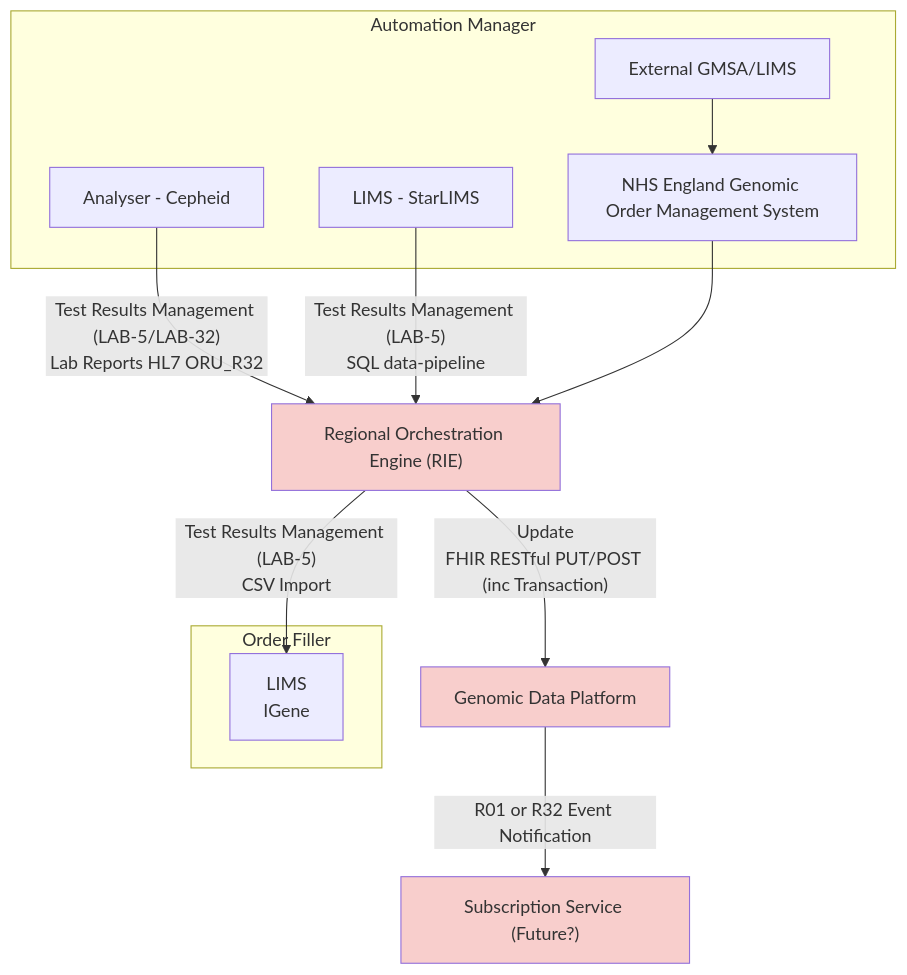
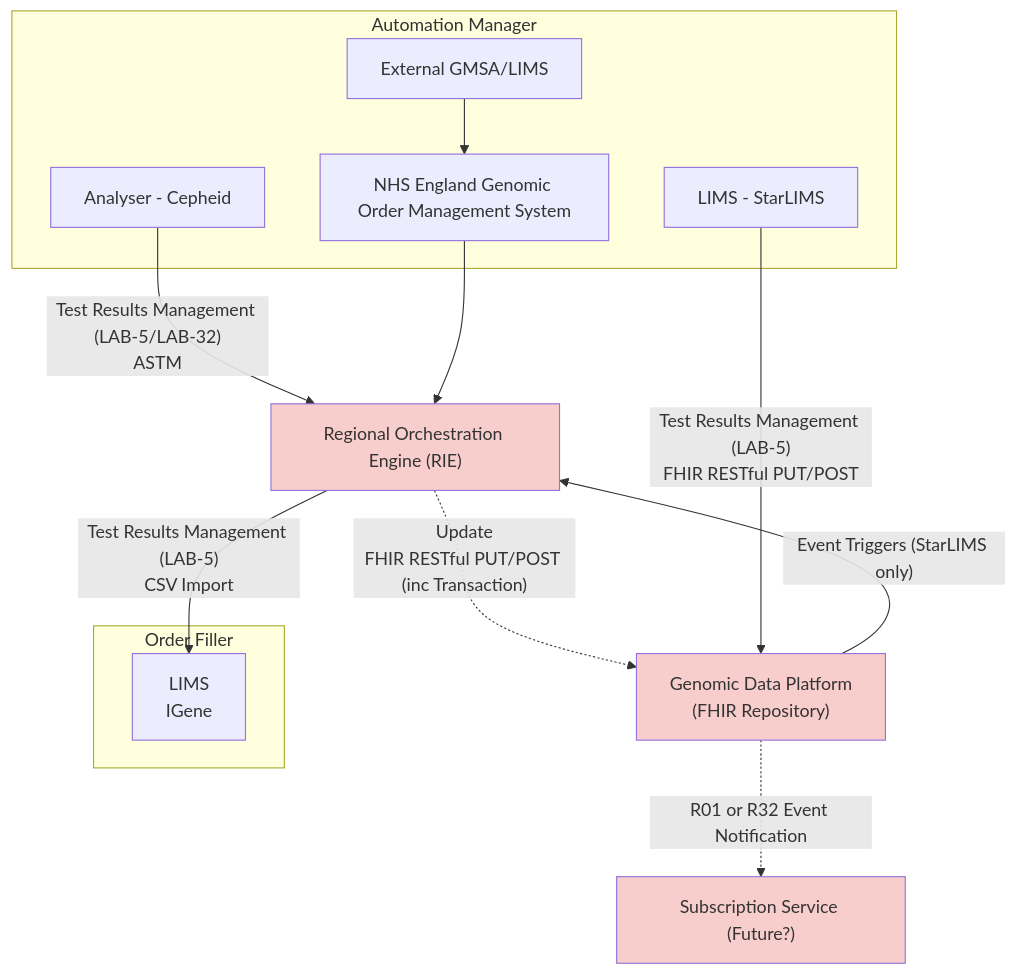
Diagram 15 of 15 in input/pagecontent/LTW.md (nw-gmsa/nw-gmsa.github.com), drawn with Mermaid before and after one commit. The commit also changed other lines of this file, not shown here.

Commit message:
Overview process model

````diff
--- a/input/pagecontent/LTW.md
+++ b/input/pagecontent/LTW.md
@@ -613,35 +613,36 @@
 ```mermaid
 graph TD
 
-subgraph GenomicLIMS["Order Filler"];
+  subgraph GenomicLIMS["Order Filler"];
     iGene[LIMS<br/>IGene]
-end
+  end
 
-subgraph Analyser["Automation Manager"];
+  subgraph Analyser["Automation Manager"];
     Cepheid[Analyser - Cepheid]
     StarLIMS[LIMS - StarLIMS]
     ExtLIMS[External GMSA/LIMS]
-    GOMS["NHS England Genomic Order Management System"] 
+    GOMS["NHS England Genomic Order Management System"]
     ExtLIMS --> GOMS
-end
+  end
 
 
-RIE["Regional Orchestration Engine (RIE)"]
+  RIE["Regional Orchestration Engine (RIE)"]
 
-GDP["Genomic Data Platform"]
-PubSub["Subscription Service (Future?)"]
+  GDP["Genomic Data Platform<br/>(FHIR Repository)"]
+  PubSub["Subscription Service (Future?)"]
 
-RIE --> |"Update<br/>FHIR RESTful PUT/POST (inc Transaction)"| GDP
-GDP --> |R01 or R32 Event Notification| PubSub
+  RIE -.-> |"Update<br/>FHIR RESTful PUT/POST (inc Transaction)"| GDP
+  GDP -.-> |R01 or R32 Event Notification| PubSub
 
-Cepheid --> |"Test Results Management (LAB-5/LAB-32)<br/>Lab Reports HL7 ORU_R32"| RIE
-StarLIMS --> |"Test Results Management (LAB-5)<br/>SQL data-pipeline"| RIE
-GOMS --> RIE
+  Cepheid --> |"Test Results Management (LAB-5/LAB-32)<br/>ASTM"| RIE
+  StarLIMS --> |"Test Results Management (LAB-5)<br/>FHIR RESTful PUT/POST"| GDP
+  GDP --> |"Event Triggers (StarLIMS only)"| RIE
+  GOMS --> RIE
 
-RIE --> |"Test Results Management (LAB-5)<br/>CSV Import"| iGene
+  RIE --> |"Test Results Management (LAB-5)<br/>CSV Import"| iGene
 
-classDef purple fill:#E1D5E7;
-classDef pink fill:#F8CECC;
+  classDef purple fill:#E1D5E7;
+  classDef pink fill:#F8CECC;
 
-class GDP,RIE,PubSub pink;
+  class GDP,RIE,PubSub pink;
 ```
````
